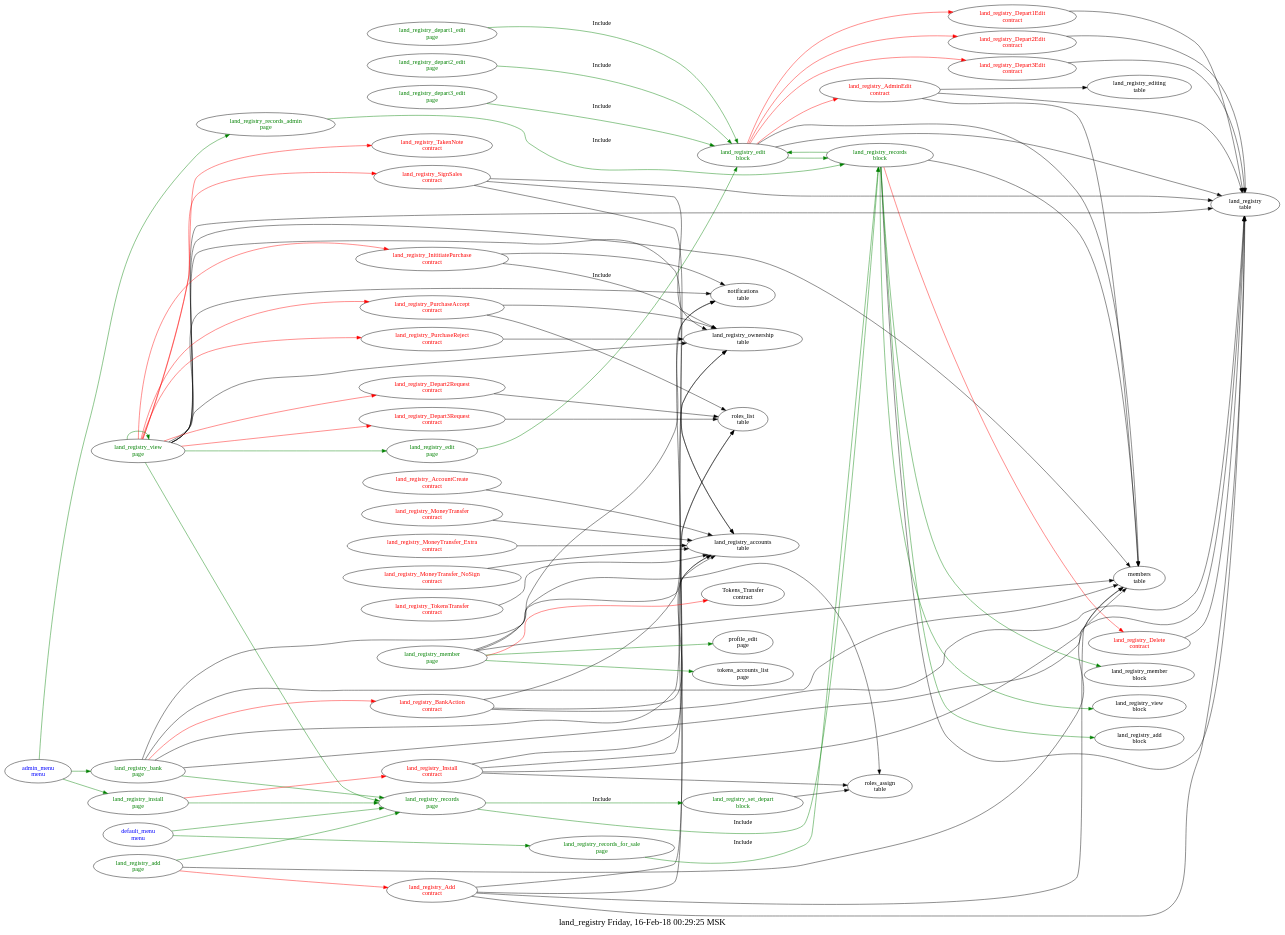
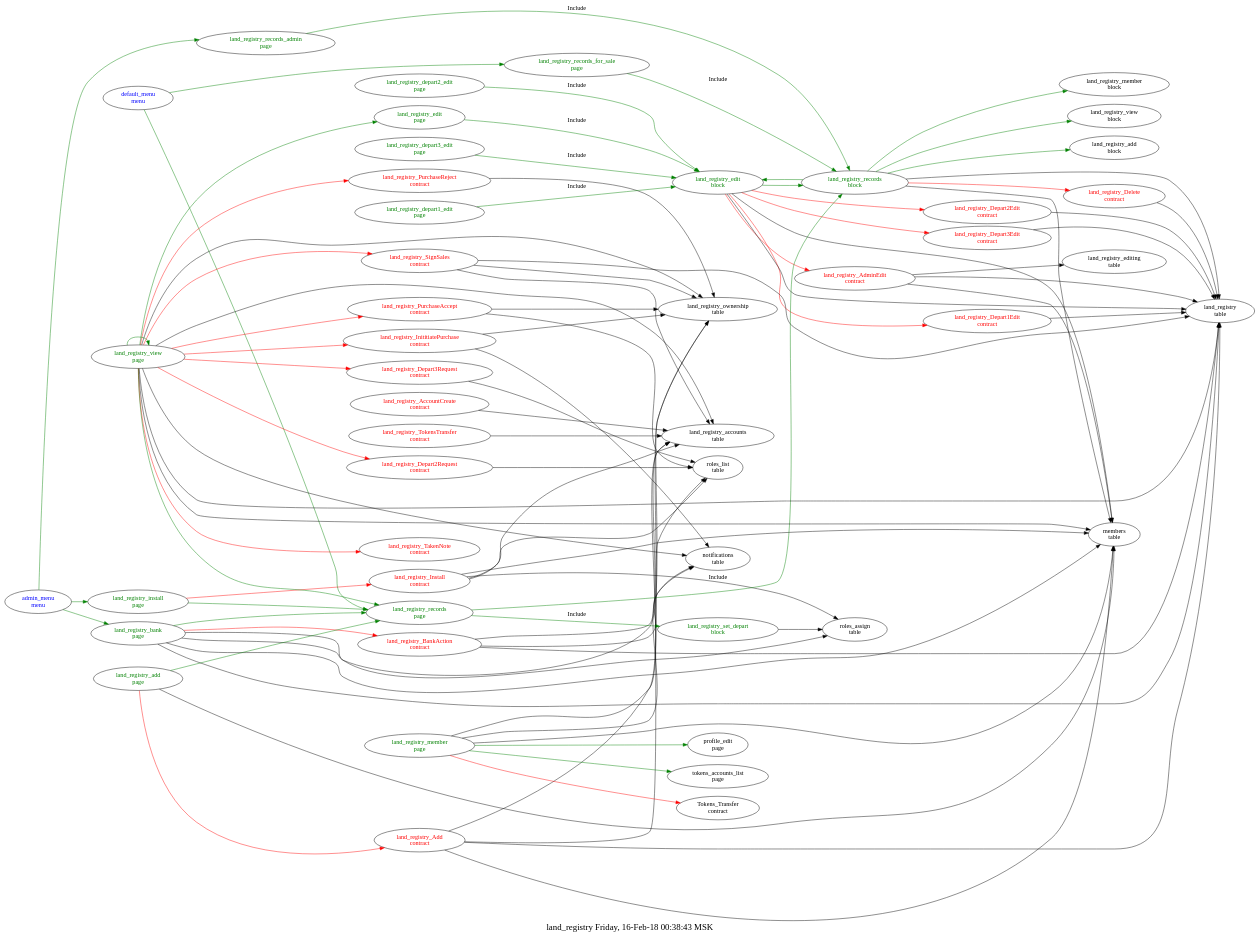
The diagram in src/land_registry/struct.dot (AplaProject/apps), drawn with Graphviz before and after one commit. The commit also changed 1 other file, not shown here.

```diff
--- a/src/land_registry/struct.dot
+++ b/src/land_registry/struct.dot
@@ -1,135 +1,129 @@
 digraph G {
 fontsize="20.0";
-label="land_registry Friday, 16-Feb-18 00:29:25 MSK";
+label="land_registry Friday, 16-Feb-18 00:38:43 MSK";
 rankdir=LR;
 "land_registry_edit\nblock" -> "land_registry_Depart1Edit\ncontract"  [ color=red ]
 "land_registry_edit\nblock" -> "land_registry_Depart2Edit\ncontract"  [ color=red ]
 "land_registry_edit\nblock" -> "land_registry_Depart3Edit\ncontract"  [ color=red ]
 "land_registry_edit\nblock" -> "land_registry_AdminEdit\ncontract"  [ color=red ]
 "land_registry_edit\nblock" -> "land_registry\ntable"
 "land_registry_edit\nblock" -> "members\ntable"
 "land_registry_edit\nblock" -> "land_registry_records\nblock"  [ color=green ]
 "land_registry_edit\nblock" [fontcolor=green, group=blocks];
 "land_registry_records\nblock" -> "land_registry_Delete\ncontract"  [ color=red ]
 "land_registry_records\nblock" -> "land_registry\ntable"
 "land_registry_records\nblock" -> "members\ntable"
 "land_registry_records\nblock" -> "land_registry_member\nblock"  [ color=green ]
 "land_registry_records\nblock" -> "land_registry_view\nblock"  [ color=green ]
 "land_registry_records\nblock" -> "land_registry_edit\nblock"  [ color=green ]
 "land_registry_records\nblock" -> "land_registry_add\nblock"  [ color=green ]
 "land_registry_records\nblock" [fontcolor=green, group=blocks];
 "land_registry_set_depart\nblock" -> "roles_assign\ntable"
 "land_registry_set_depart\nblock" [fontcolor=green, group=blocks];
 "land_registry_AccountCreate\ncontract" -> "land_registry_accounts\ntable"
 "land_registry_AccountCreate\ncontract" [fontcolor=red, group=contracts];
 "land_registry_Add\ncontract" -> "members\ntable"
 "land_registry_Add\ncontract" -> "roles_list\ntable"
 "land_registry_Add\ncontract" -> "land_registry\ntable"
 "land_registry_Add\ncontract" -> "land_registry_ownership\ntable"
 "land_registry_Add\ncontract" [fontcolor=red, group=contracts];
 "land_registry_AdminEdit\ncontract" -> "land_registry\ntable"
 "land_registry_AdminEdit\ncontract" -> "members\ntable"
 "land_registry_AdminEdit\ncontract" -> "land_registry_editing\ntable"
 "land_registry_AdminEdit\ncontract" [fontcolor=red, group=contracts];
 "land_registry_BankAction\ncontract" -> "notifications\ntable"
 "land_registry_BankAction\ncontract" -> "land_registry\ntable"
 "land_registry_BankAction\ncontract" -> "land_registry_accounts\ntable"
 "land_registry_BankAction\ncontract" [fontcolor=red, group=contracts];
 "land_registry_Delete\ncontract" -> "land_registry\ntable"
 "land_registry_Delete\ncontract" [fontcolor=red, group=contracts];
 "land_registry_Depart1Edit\ncontract" -> "land_registry\ntable"
 "land_registry_Depart1Edit\ncontract" [fontcolor=red, group=contracts];
 "land_registry_Depart2Edit\ncontract" -> "land_registry\ntable"
 "land_registry_Depart2Edit\ncontract" [fontcolor=red, group=contracts];
 "land_registry_Depart2Request\ncontract" -> "roles_list\ntable"
 "land_registry_Depart2Request\ncontract" [fontcolor=red, group=contracts];
 "land_registry_Depart3Edit\ncontract" -> "land_registry\ntable"
 "land_registry_Depart3Edit\ncontract" [fontcolor=red, group=contracts];
 "land_registry_Depart3Request\ncontract" -> "roles_list\ntable"
 "land_registry_Depart3Request\ncontract" [fontcolor=red, group=contracts];
 "land_registry_InititiatePurchase\ncontract" -> "land_registry_ownership\ntable"
 "land_registry_InititiatePurchase\ncontract" -> "notifications\ntable"
 "land_registry_InititiatePurchase\ncontract" [fontcolor=red, group=contracts];
 "land_registry_Install\ncontract" -> "members\ntable"
 "land_registry_Install\ncontract" -> "land_registry_accounts\ntable"
 "land_registry_Install\ncontract" -> "roles_list\ntable"
 "land_registry_Install\ncontract" -> "roles_assign\ntable"
 "land_registry_Install\ncontract" [fontcolor=red, group=contracts];
-"land_registry_MoneyTransfer\ncontract" -> "land_registry_accounts\ntable"
-"land_registry_MoneyTransfer\ncontract" [fontcolor=red, group=contracts];
-"land_registry_MoneyTransfer_Extra\ncontract" -> "land_registry_accounts\ntable"
-"land_registry_MoneyTransfer_Extra\ncontract" [fontcolor=red, group=contracts];
-"land_registry_MoneyTransfer_NoSign\ncontract" -> "land_registry_accounts\ntable"
-"land_registry_MoneyTransfer_NoSign\ncontract" [fontcolor=red, group=contracts];
 "land_registry_PurchaseAccept\ncontract" -> "roles_list\ntable"
 "land_registry_PurchaseAccept\ncontract" -> "land_registry_ownership\ntable"
 "land_registry_PurchaseAccept\ncontract" [fontcolor=red, group=contracts];
 "land_registry_PurchaseReject\ncontract" -> "land_registry_ownership\ntable"
 "land_registry_PurchaseReject\ncontract" [fontcolor=red, group=contracts];
 "land_registry_SignSales\ncontract" -> "land_registry_ownership\ntable"
 "land_registry_SignSales\ncontract" -> "land_registry\ntable"
 "land_registry_SignSales\ncontract" -> "land_registry_accounts\ntable"
 "land_registry_SignSales\ncontract" [fontcolor=red, group=contracts];
 "land_registry_TakenNote\ncontract" [fontcolor=red, group=contracts];
 "land_registry_TokensTransfer\ncontract" -> "land_registry_accounts\ntable"
 "land_registry_TokensTransfer\ncontract" [fontcolor=red, group=contracts];
 "admin_menu\nmenu" -> "land_registry_records_admin\npage"  [ color=green ]
 "admin_menu\nmenu" -> "land_registry_bank\npage"  [ color=green ]
 "admin_menu\nmenu" -> "land_registry_install\npage"  [ color=green ]
 "admin_menu\nmenu" [fontcolor=blue, group=menus];
 "default_menu\nmenu" -> "land_registry_records\npage"  [ color=green ]
 "default_menu\nmenu" -> "land_registry_records_for_sale\npage"  [ color=green ]
 "default_menu\nmenu" [fontcolor=blue, group=menus];
 "land_registry_add\npage" -> "land_registry_Add\ncontract"  [ color=red ]
 "land_registry_add\npage" -> "members\ntable"
 "land_registry_add\npage" -> "land_registry_records\npage"  [ color=green ]
 "land_registry_add\npage" [fontcolor=green, group=pages];
 "land_registry_bank\npage" -> "land_registry_BankAction\ncontract"  [ color=red ]
 "land_registry_bank\npage" -> "land_registry_ownership\ntable"
 "land_registry_bank\npage" -> "land_registry\ntable"
 "land_registry_bank\npage" -> "roles_assign\ntable"
 "land_registry_bank\npage" -> "members\ntable"
 "land_registry_bank\npage" -> "land_registry_records\npage"  [ color=green ]
 "land_registry_bank\npage" [fontcolor=green, group=pages];
 "land_registry_depart1_edit\npage" -> "land_registry_edit\nblock"  [ color=green, label=Include ]
 "land_registry_depart1_edit\npage" [fontcolor=green, group=pages];
 "land_registry_depart2_edit\npage" -> "land_registry_edit\nblock"  [ color=green, label=Include ]
 "land_registry_depart2_edit\npage" [fontcolor=green, group=pages];
 "land_registry_depart3_edit\npage" -> "land_registry_edit\nblock"  [ color=green, label=Include ]
 "land_registry_depart3_edit\npage" [fontcolor=green, group=pages];
 "land_registry_edit\npage" -> "land_registry_edit\nblock"  [ color=green, label=Include ]
 "land_registry_edit\npage" [fontcolor=green, group=pages];
 "land_registry_install\npage" -> "land_registry_Install\ncontract"  [ color=red ]
 "land_registry_install\npage" -> "land_registry_records\npage"  [ color=green ]
 "land_registry_install\npage" [fontcolor=green, group=pages];
 "land_registry_member\npage" -> "Tokens_Transfer\ncontract"  [ color=red ]
 "land_registry_member\npage" -> "members\ntable"
 "land_registry_member\npage" -> "notifications\ntable"
 "land_registry_member\npage" -> "land_registry_accounts\ntable"
 "land_registry_member\npage" -> "profile_edit\npage"  [ color=green ]
 "land_registry_member\npage" -> "tokens_accounts_list\npage"  [ color=green ]
 "land_registry_member\npage" [fontcolor=green, group=pages];
 "land_registry_records\npage" -> "land_registry_set_depart\nblock"  [ color=green, label=Include ]
 "land_registry_records\npage" -> "land_registry_records\nblock"  [ color=green, label=Include ]
 "land_registry_records\npage" [fontcolor=green, group=pages];
 "land_registry_records_admin\npage" -> "land_registry_records\nblock"  [ color=green, label=Include ]
 "land_registry_records_admin\npage" [fontcolor=green, group=pages];
 "land_registry_records_for_sale\npage" -> "land_registry_records\nblock"  [ color=green, label=Include ]
 "land_registry_records_for_sale\npage" [fontcolor=green, group=pages];
 "land_registry_view\npage" -> "land_registry_Depart2Request\ncontract"  [ color=red ]
 "land_registry_view\npage" -> "land_registry_Depart3Request\ncontract"  [ color=red ]
 "land_registry_view\npage" -> "land_registry_InititiatePurchase\ncontract"  [ color=red ]
 "land_registry_view\npage" -> "land_registry_PurchaseReject\ncontract"  [ color=red ]
 "land_registry_view\npage" -> "land_registry_PurchaseAccept\ncontract"  [ color=red ]
 "land_registry_view\npage" -> "land_registry_SignSales\ncontract"  [ color=red ]
 "land_registry_view\npage" -> "land_registry_TakenNote\ncontract"  [ color=red ]
 "land_registry_view\npage" -> "land_registry\ntable"
 "land_registry_view\npage" -> "land_registry_ownership\ntable"
 "land_registry_view\npage" -> "members\ntable"
 "land_registry_view\npage" -> "notifications\ntable"
 "land_registry_view\npage" -> "land_registry_accounts\ntable"
 "land_registry_view\npage" -> "land_registry_records\npage"  [ color=green ]
 "land_registry_view\npage" -> "land_registry_view\npage"  [ color=green ]
 "land_registry_view\npage" -> "land_registry_edit\npage"  [ color=green ]
 "land_registry_view\npage" [fontcolor=green, group=pages];
 }
```
